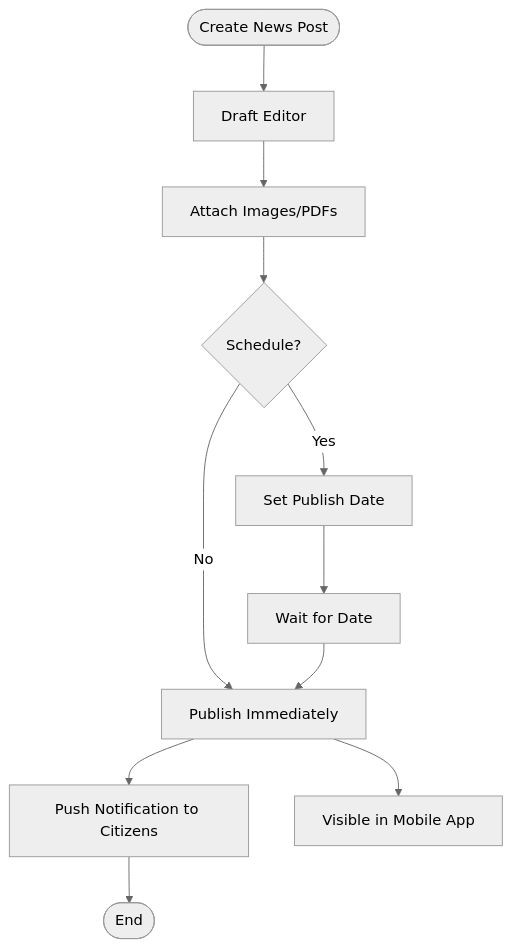
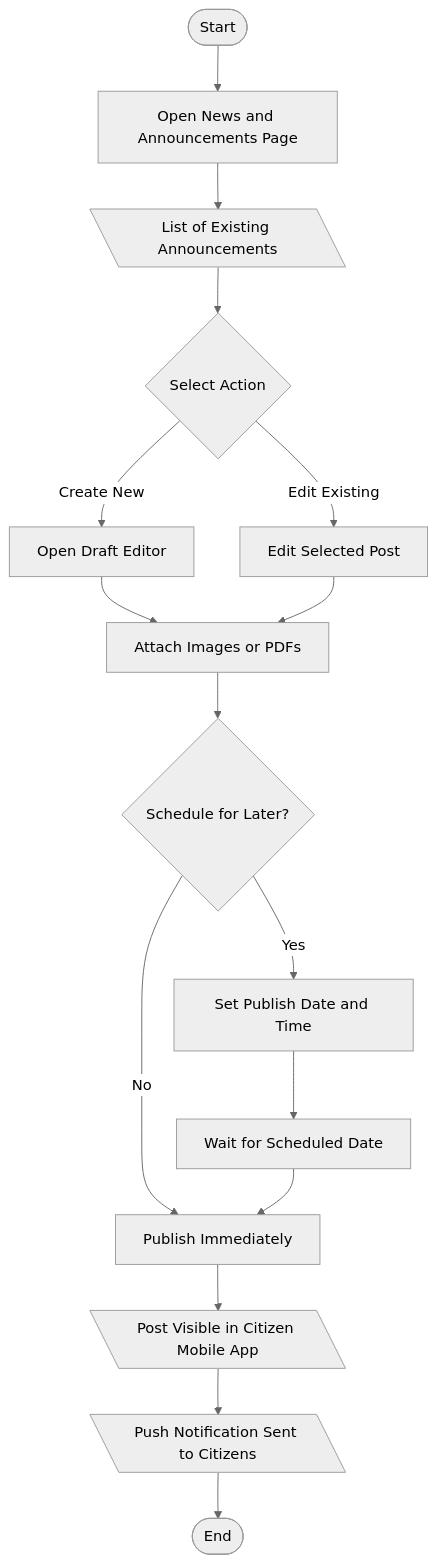
Before and after one commit to MellowLaw/AGAPP: the eighth of 25 diagrams in Manuscript/diagrams.md, drawn with Mermaid (neutral theme). The commit also changed other lines of this file and 1 other file, not shown here.

Commit message:
feat: update diagrams and figures documentation with detailed flowcharts and wireframes for AGAPP

````diff
--- a/Manuscript/diagrams.md
+++ b/Manuscript/diagrams.md
@@ -172,13 +218,18 @@
 ```mermaid
 flowchart TD
-    Start([Create News Post]) --> Draft[Draft Editor]
-    Draft --> Attach[Attach Images/PDFs]
-    Attach --> Schedule{Schedule?}
-    Schedule -->|Yes| SetDate[Set Publish Date]
+    Start([Start]) --> Open[Open News and Announcements Page]
+    Open --> PostList[\List of Existing Announcements\]
+    PostList --> Action{Select Action}
+    Action -->|Create New| Draft[Open Draft Editor]
+    Action -->|Edit Existing| Edit[Edit Selected Post]
+    Draft --> Attach[Attach Images or PDFs]
+    Edit --> Attach
+    Attach --> Schedule{Schedule for Later?}
+    Schedule -->|Yes| SetDate[Set Publish Date and Time]
     Schedule -->|No| Publish[Publish Immediately]
-    SetDate --> Wait[Wait for Date]
+    SetDate --> Wait[Wait for Scheduled Date]
     Wait --> Publish
-    Publish --> Notify[Push Notification to Citizens]
-    Publish --> Visible[Visible in Mobile App]
+    Publish --> Visible[\Post Visible in Citizen Mobile App\]
+    Visible --> Notify[\Push Notification Sent to Citizens\]
     Notify --> End([End])
 ```
````
